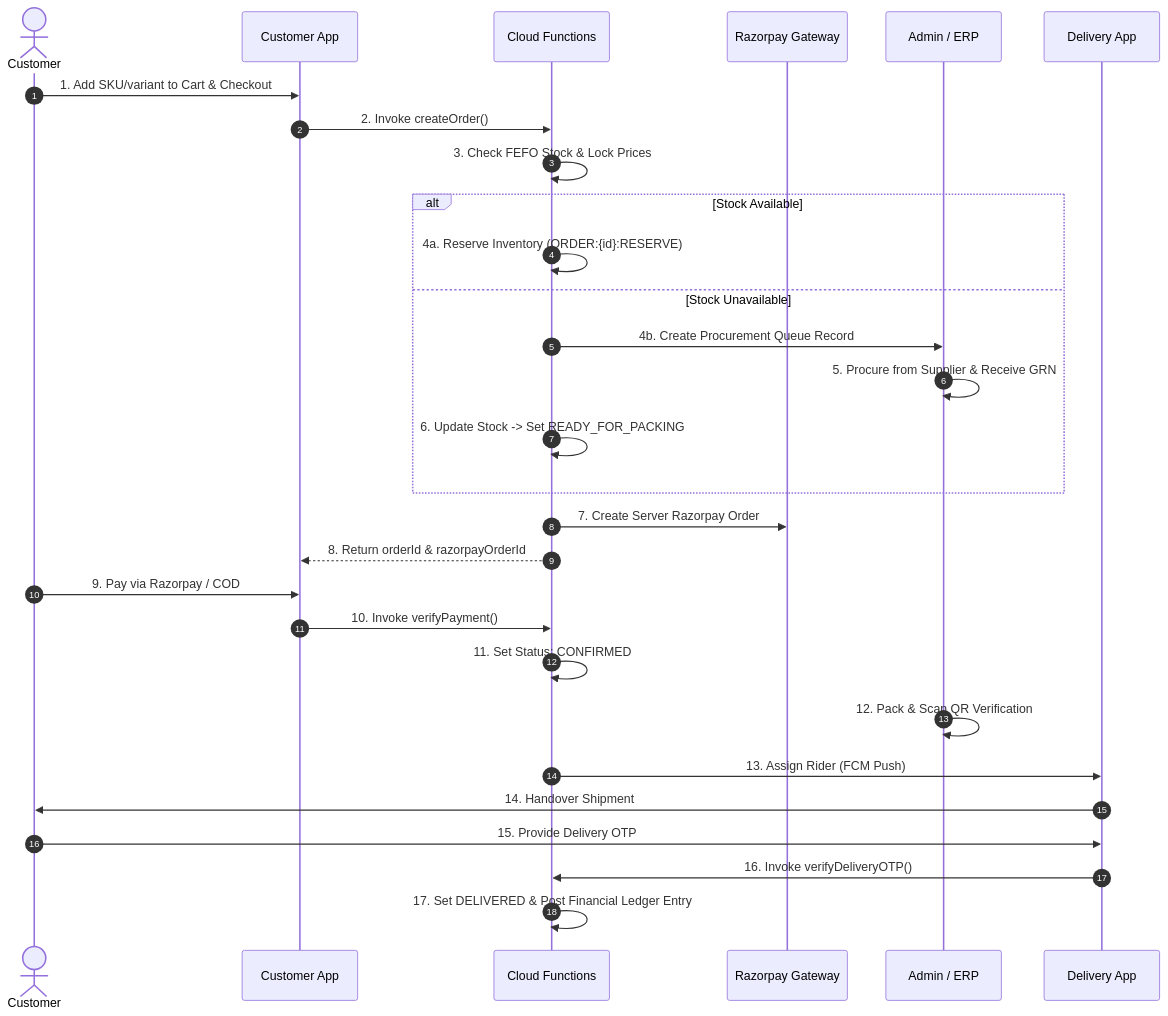
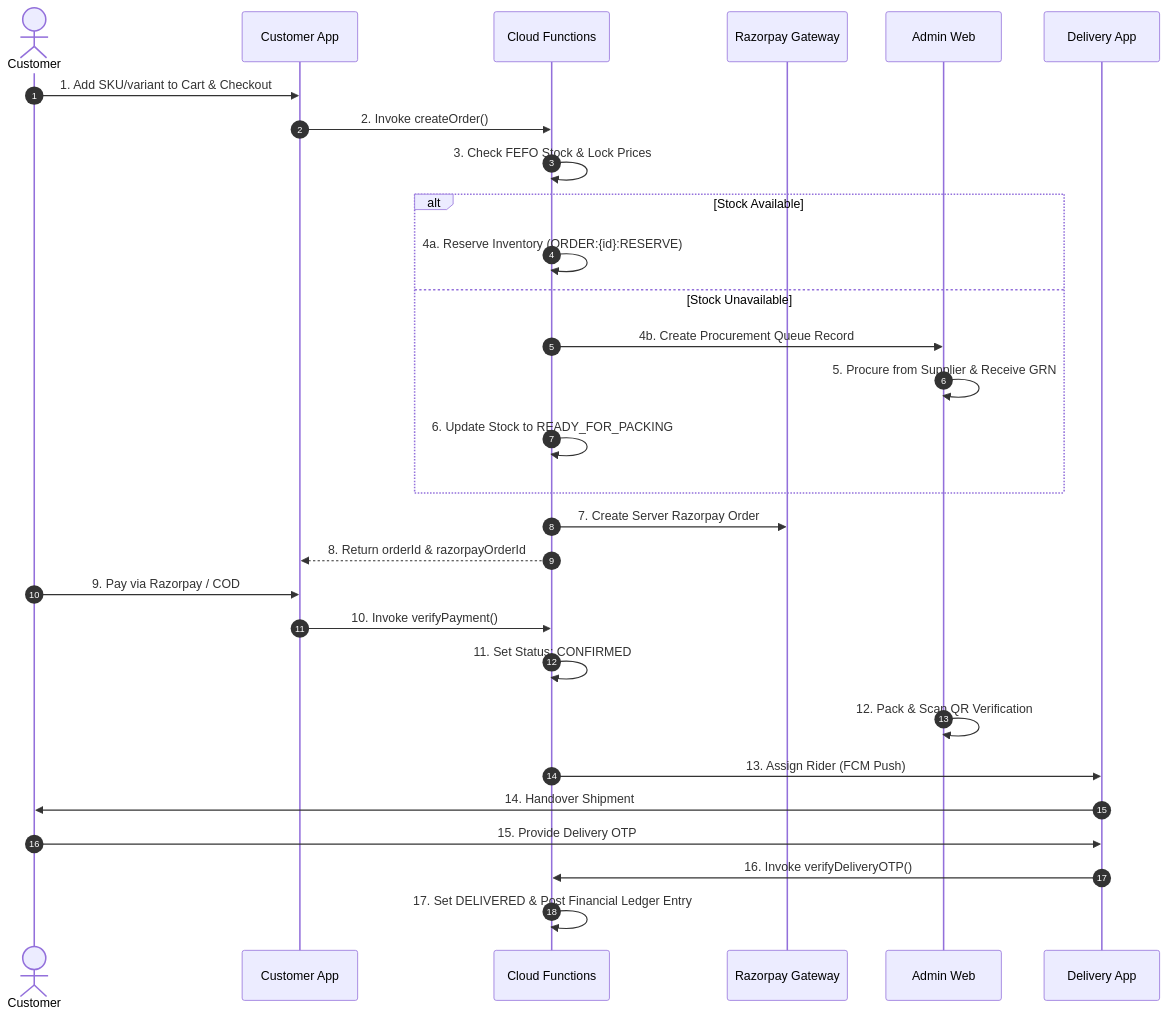
Before and after one commit to Vishal0325/KrishiVishal: the second of 2 diagrams in README.md, drawn with Mermaid. The commit also changed other lines of this file, not shown here.

Commit message:
fix(docs): wrap Mermaid subgraph titles in quotes and clean syntax

````diff
--- a/README.md
+++ b/README.md
@@ -110,32 +110,32 @@
 ```mermaid
 sequenceDiagram
     autonumber
     actor Customer
     participant App as Customer App
     participant Backend as Cloud Functions
     participant Rzp as Razorpay Gateway
-    participant Admin as Admin / ERP
+    participant Admin as Admin Web
     participant Rider as Delivery App
 
     Customer->>App: 1. Add SKU/variant to Cart & Checkout
     App->>Backend: 2. Invoke createOrder()
     Backend->>Backend: 3. Check FEFO Stock & Lock Prices
     alt Stock Available
         Backend->>Backend: 4a. Reserve Inventory (ORDER:{id}:RESERVE)
     else Stock Unavailable
         Backend->>Admin: 4b. Create Procurement Queue Record
         Admin->>Admin: 5. Procure from Supplier & Receive GRN
-        Backend->>Backend: 6. Update Stock -> Set READY_FOR_PACKING
+        Backend->>Backend: 6. Update Stock to READY_FOR_PACKING
     end
     Backend->>Rzp: 7. Create Server Razorpay Order
     Backend-->>App: 8. Return orderId & razorpayOrderId
     Customer->>App: 9. Pay via Razorpay / COD
     App->>Backend: 10. Invoke verifyPayment()
     Backend->>Backend: 11. Set Status: CONFIRMED
     Admin->>Admin: 12. Pack & Scan QR Verification
     Backend->>Rider: 13. Assign Rider (FCM Push)
     Rider->>Customer: 14. Handover Shipment
     Customer->>Rider: 15. Provide Delivery OTP
     Rider->>Backend: 16. Invoke verifyDeliveryOTP()
     Backend->>Backend: 17. Set DELIVERED & Post Financial Ledger Entry
 ```
````
